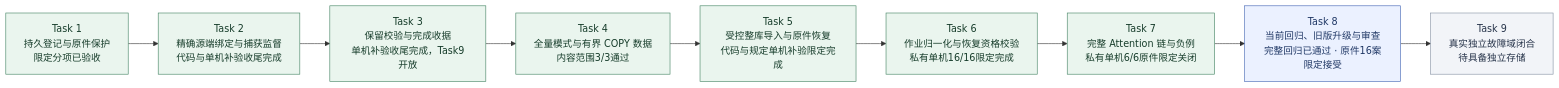
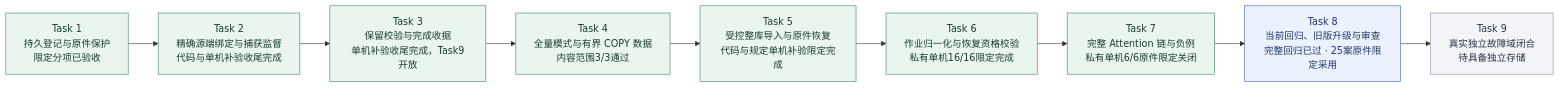
One commit to MansurnamedZhang/learning-system-p0c4 changed the second of 9 diagrams in docs/KnowWeave实施路线与系统架构.md. Above: the diagram before and after it, drawn with Mermaid. The commit also changed other lines of this file and 10 other files, not shown here.

````diff
--- a/docs/KnowWeave实施路线与系统架构.md
+++ b/docs/KnowWeave实施路线与系统架构.md
@@ -81,26 +81,26 @@
 ```mermaid
 flowchart LR
     C4T1["Task 1<br/>持久登记与原件保护<br/>限定分项已验收"]
     C4T2["Task 2<br/>精确源端绑定与捕获监督<br/>代码与单机补验收尾完成"]
     C4T3["Task 3<br/>保留校验与完成收据<br/>单机补验收尾完成，Task9开放"]
     C4T4["Task 4<br/>全量模式与有界 COPY 数据<br/>内容范围3/3通过"]
     C4T5["Task 5<br/>受控整库导入与原件恢复<br/>代码与规定单机补验限定完成"]
     C4T6["Task 6<br/>作业归一化与恢复资格校验<br/>私有单机16/16限定完成"]
     C4T7["Task 7<br/>完整 Attention 链与负例<br/>私有单机6/6原件限定关闭"]
-    C4T8["Task 8<br/>当前回归、旧版升级与审查<br/>完整回归已通过 · 原件16案限定接受"]
+    C4T8["Task 8<br/>当前回归、旧版升级与审查<br/>完整回归已过 · 25案原件限定采用"]
     C4T9["Task 9<br/>真实独立故障域闭合<br/>待具备独立存储"]
     C4T1 --> C4T2
     C4T2 --> C4T3
     C4T3 --> C4T4
     C4T4 --> C4T5
     C4T5 --> C4T6
     C4T6 --> C4T7
     C4T7 --> C4T8
     C4T8 --> C4T9
     class C4T1,C4T2,C4T3,C4T4,C4T5,C4T6,C4T7 done
     class C4T8 next
     class C4T9 planned
     classDef done fill:#eaf5ee,stroke:#438363,color:#173d2b
     classDef next fill:#ebf1ff,stroke:#4365b4,color:#203866
     classDef planned fill:#f2f4f8,stroke:#8591a3,color:#28354b
 ```
````
